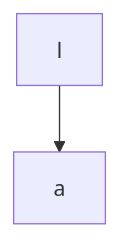
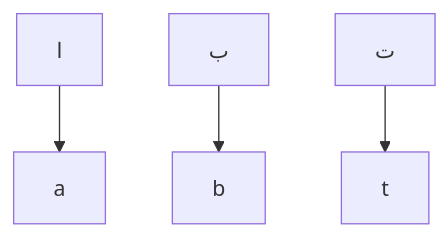
One commit to haithamaouati/AR2EN changed the diagram in README.md. Above: the diagram before and after it, drawn with Mermaid.

````diff
--- a/README.md
+++ b/README.md
@@ -32,4 +32,6 @@
 ```mermaid
 graph TD;
     ا-->a;
+    ب-->b;
+    ت-->t;
 ```
````
